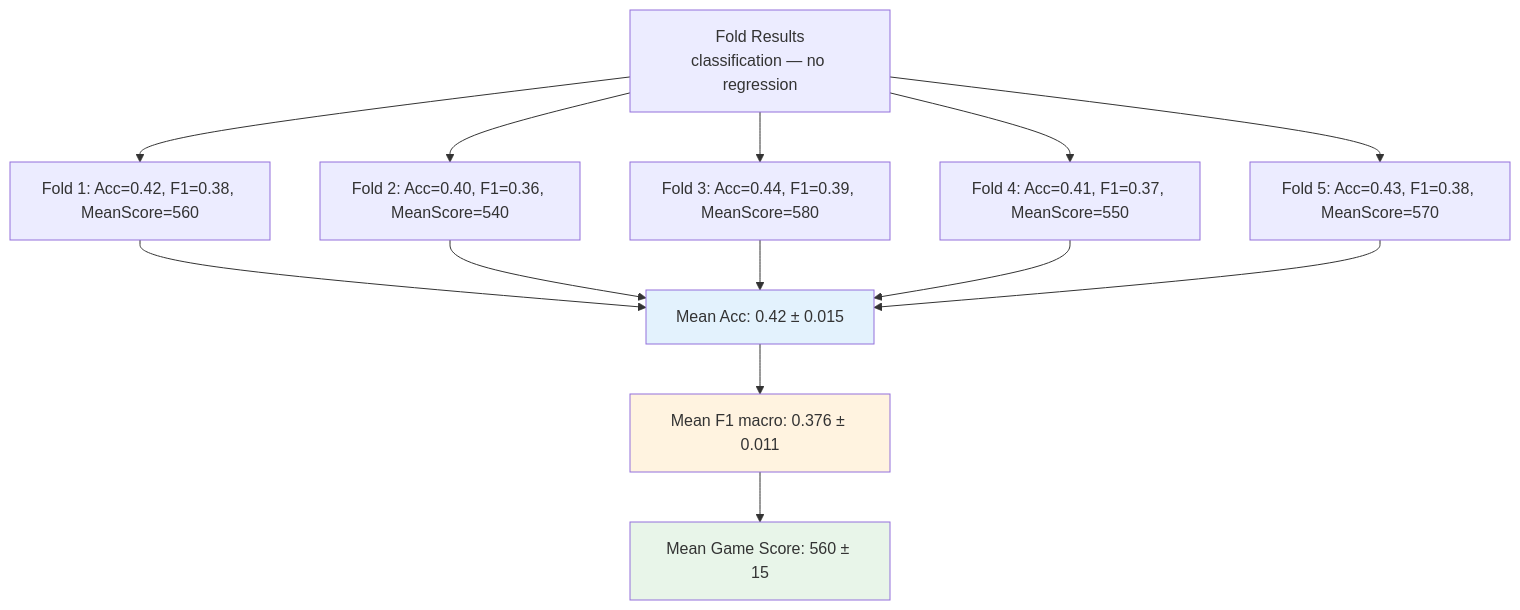
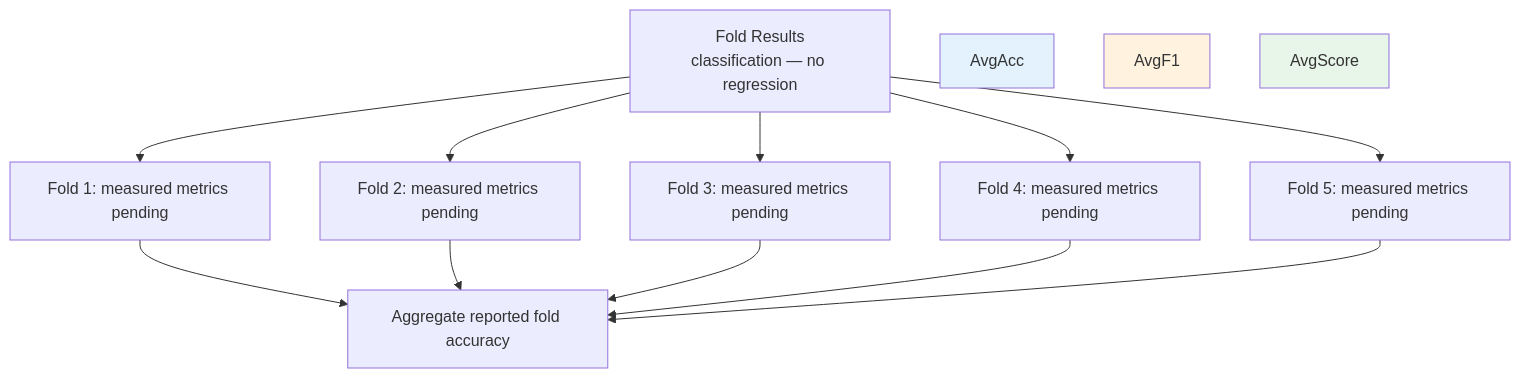
The tenth of 11 diagrams in plans/05-Model/04-Evaluation/02-cross-validation.md (Evintkoo/2048-ml), drawn with Mermaid before and after one commit. The commit also changed other lines of this file and 144 other files, not shown here.

````diff
--- a/plans/05-Model/04-Evaluation/02-cross-validation.md
+++ b/plans/05-Model/04-Evaluation/02-cross-validation.md
@@ -299,21 +299,19 @@
 ```mermaid
 flowchart TB
     FoldResults[Fold Results<br/>classification — no regression]
-    FoldResults --> Fold1[Fold 1: Acc=0.42, F1=0.38, MeanScore=560]
-    FoldResults --> Fold2[Fold 2: Acc=0.40, F1=0.36, MeanScore=540]
-    FoldResults --> Fold3[Fold 3: Acc=0.44, F1=0.39, MeanScore=580]
-    FoldResults --> Fold4[Fold 4: Acc=0.41, F1=0.37, MeanScore=550]
-    FoldResults --> Fold5[Fold 5: Acc=0.43, F1=0.38, MeanScore=570]
+    FoldResults --> Fold1[Fold 1: measured metrics pending]
+    FoldResults --> Fold2[Fold 2: measured metrics pending]
+    FoldResults --> Fold3[Fold 3: measured metrics pending]
+    FoldResults --> Fold4[Fold 4: measured metrics pending]
+    FoldResults --> Fold5[Fold 5: measured metrics pending]
 
-    Fold1 --> AvgAcc[Mean Acc: 0.42 ± 0.015]
-    Fold2 --> AvgAcc
-    Fold3 --> AvgAcc
-    Fold4 --> AvgAcc
-    Fold5 --> AvgAcc
-    AvgAcc --> AvgF1[Mean F1 macro: 0.376 ± 0.011]
-    AvgF1 --> AvgScore[Mean Game Score: 560 ± 15]
+    Fold1 --> Aggregate[Aggregate reported fold accuracy]
+    Fold2 --> Aggregate
+    Fold3 --> Aggregate
+    Fold4 --> Aggregate
+    Fold5 --> Aggregate
 
     style AvgAcc fill:#e3f2fd
     style AvgF1 fill:#fff3e0
     style AvgScore fill:#e8f5e9
 ```
````
